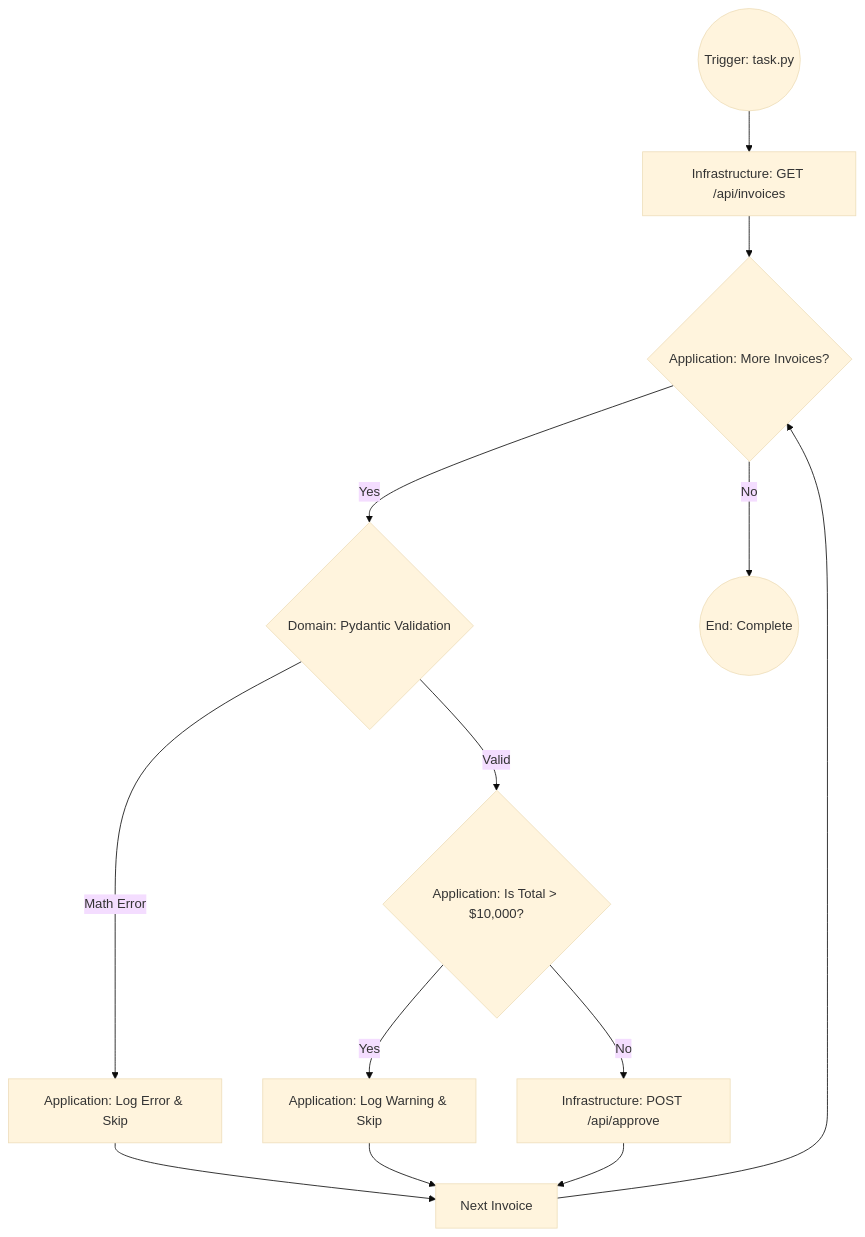
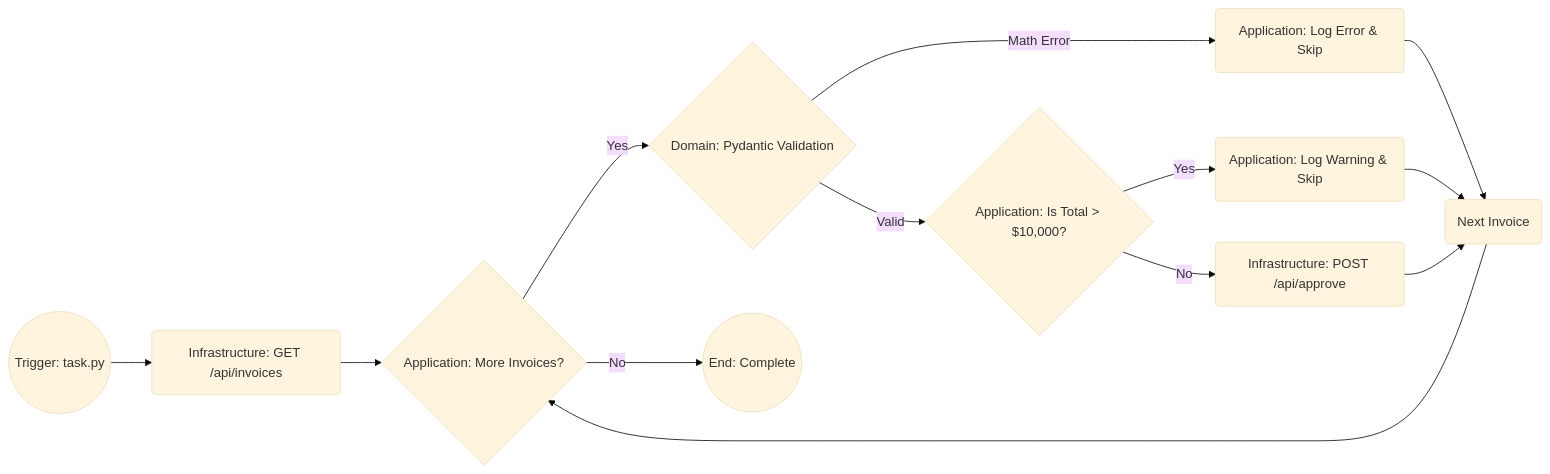
One commit to 21010/ae-workshop-invoice-processing changed the diagram in README.md. Above: the diagram before and after it, drawn with Mermaid (base theme).

Commit message:
chore: auto-sync project sandbox from private main repo

````diff
--- a/README.md
+++ b/README.md
@@ -97,15 +97,15 @@
    ```mermaid
-   flowchart TD
-       Start((Trigger: task.py)) --> Fetch[Infrastructure: GET /api/invoices]
+   flowchart LR
+       Start((Trigger: task.py)) --> Fetch(Infrastructure: GET /api/invoices)
        Fetch --> Loop{Application: More Invoices?}
        Loop -- Yes --> Validate{Domain: Pydantic Validation}
        Loop -- No --> End((End: Complete))
-       Validate -- Math Error --> Reject[Application: Log Error & Skip]
+       Validate -- Math Error --> Reject(Application: Log Error & Skip)
        Validate -- Valid --> CheckAmount{Application: Is Total > $10,000?}
-       CheckAmount -- Yes --> Manual[Application: Log Warning & Skip]
-       CheckAmount -- No --> Approve[Infrastructure: POST /api/approve]
-       Reject --> Next[Next Invoice]
+       CheckAmount -- Yes --> Manual(Application: Log Warning & Skip)
+       CheckAmount -- No --> Approve(Infrastructure: POST /api/approve)
+       Reject --> Next(Next Invoice)
        Manual --> Next
        Approve --> Next
        Next --> Loop
    ```
````
